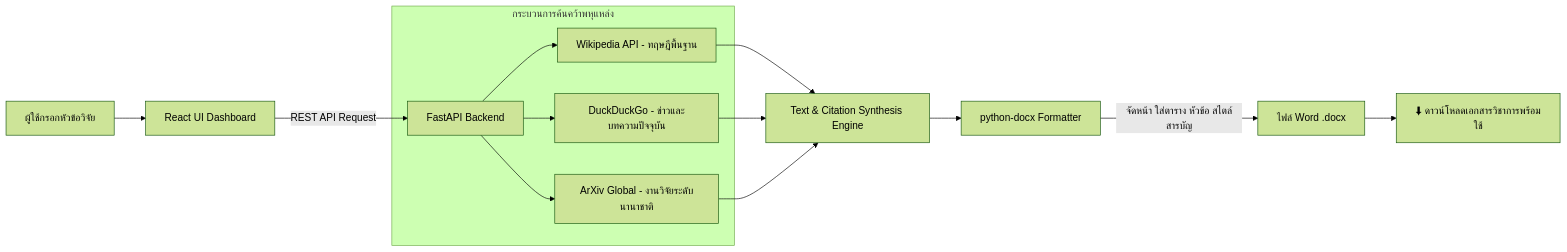
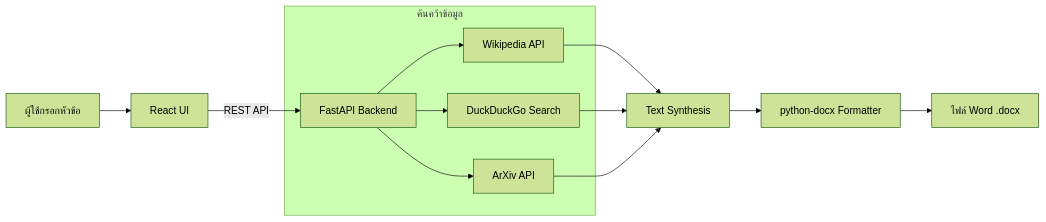
The second of 9 diagrams in README.md (FANG9356/MyProject), drawn with Mermaid (forest theme) before and after one commit. The commit also changed other lines of this file and 1 other file, not shown here.

````diff
--- a/README.md
+++ b/README.md
@@ -107,14 +97,13 @@
 ```mermaid
 flowchart LR
- A[ผู้ใช้กรอกหัวข้อวิจัย] --> B[React UI Dashboard]
- B -->|REST API Request| C[FastAPI Backend]
- subgraph Data_Retrieval [กระบวนการค้นคว้าพหุแหล่ง]
- C --> D[Wikipedia API - ทฤษฎีพื้นฐาน]
- C --> E[DuckDuckGo - ข่าวและบทความปัจจุบัน]
- C --> F[ArXiv Global - งานวิจัยระดับนานาชาติ]
- end
- D & E & F --> G[Text & Citation Synthesis Engine]
- G --> H[python-docx Formatter]
- H -->|จัดหน้า ใส่ตาราง หัวข้อ สไตล์สารบัญ| I[ไฟล์ Word .docx]
- I --> J[⬇ ดาวน์โหลดเอกสารวิชาการพร้อมใช้]
+  A[ผู้ใช้กรอกหัวข้อ] --> B[React UI]
+  B -->|REST API| C[FastAPI Backend]
+  subgraph Data_Retrieval [ค้นคว้าข้อมูล]
+    C --> D[Wikipedia API]
+    C --> E[DuckDuckGo Search]
+    C --> F[ArXiv API]
+  end
+  D & E & F --> G[Text Synthesis]
+  G --> H[python-docx Formatter]
+  H --> I[ไฟล์ Word .docx]
 ```
````
